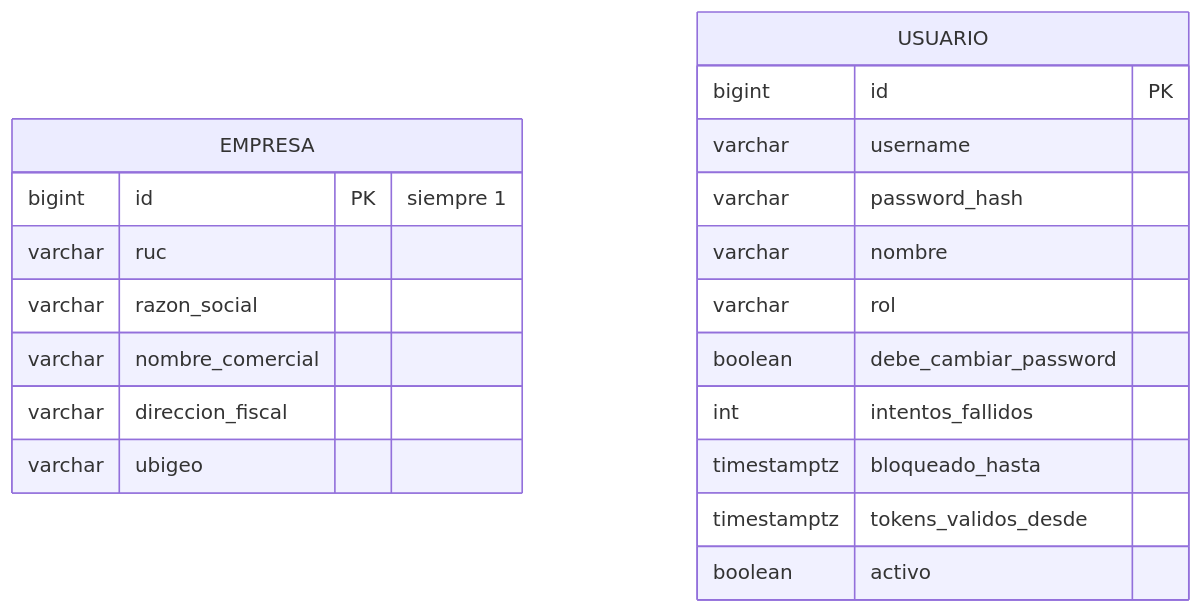
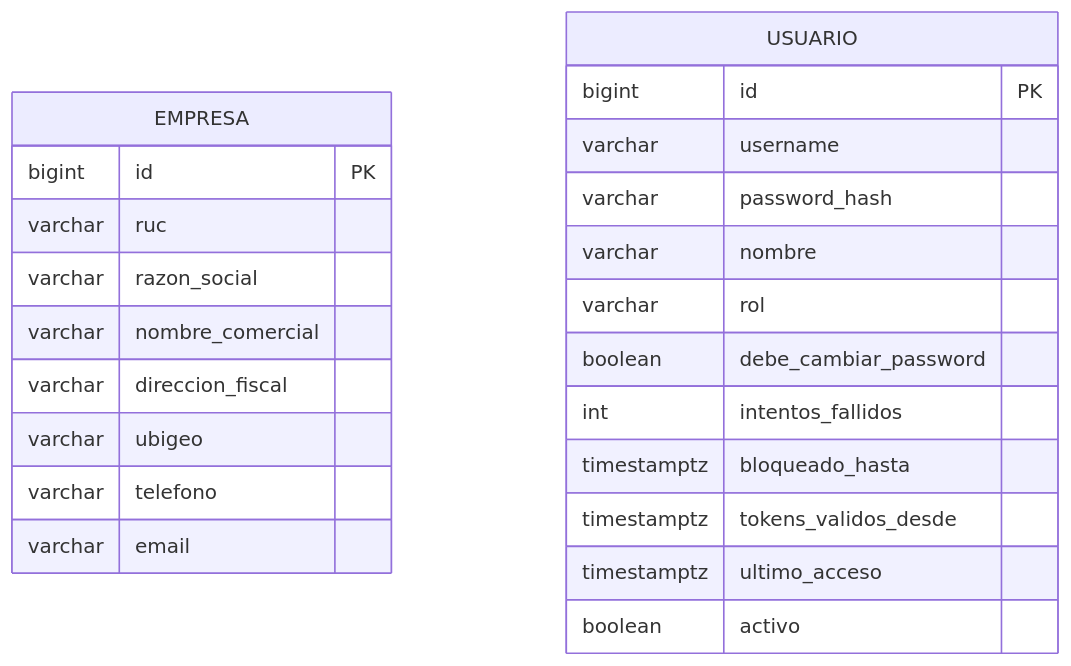
One commit to JhonAlex1997/All-Store changed the fourth of 4 diagrams in docs/modelo-datos.md. Above: the diagram before and after it, drawn with Mermaid. The commit also changed other lines of this file, not shown here.

First line of the commit message:
Actualiza el diagrama de la base de datos a la versión 11

````diff
--- a/docs/modelo-datos.md
+++ b/docs/modelo-datos.md
@@ -213,23 +404,26 @@
 ```mermaid
 erDiagram
   EMPRESA {
-    bigint id PK "siempre 1"
+    bigint id PK
     varchar ruc
     varchar razon_social
     varchar nombre_comercial
     varchar direccion_fiscal
     varchar ubigeo
+    varchar telefono
+    varchar email
   }
   USUARIO {
     bigint id PK
     varchar username
     varchar password_hash
     varchar nombre
     varchar rol
     boolean debe_cambiar_password
     int intentos_fallidos
     timestamptz bloqueado_hasta
     timestamptz tokens_validos_desde
+    timestamptz ultimo_acceso
     boolean activo
   }
 ```
````
